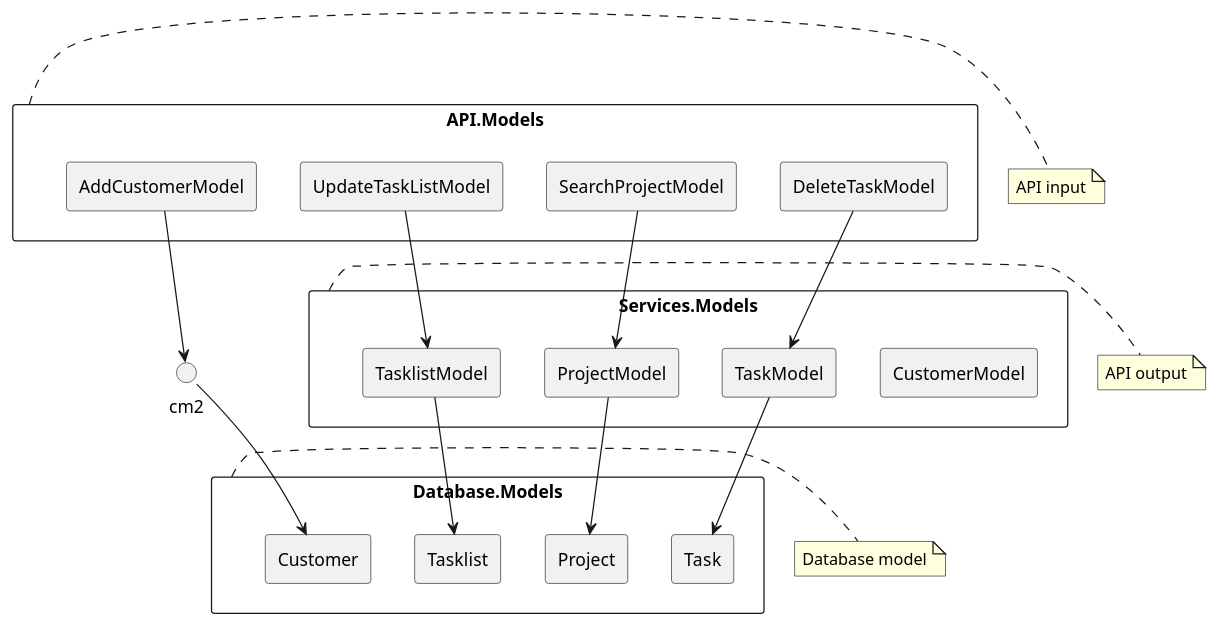
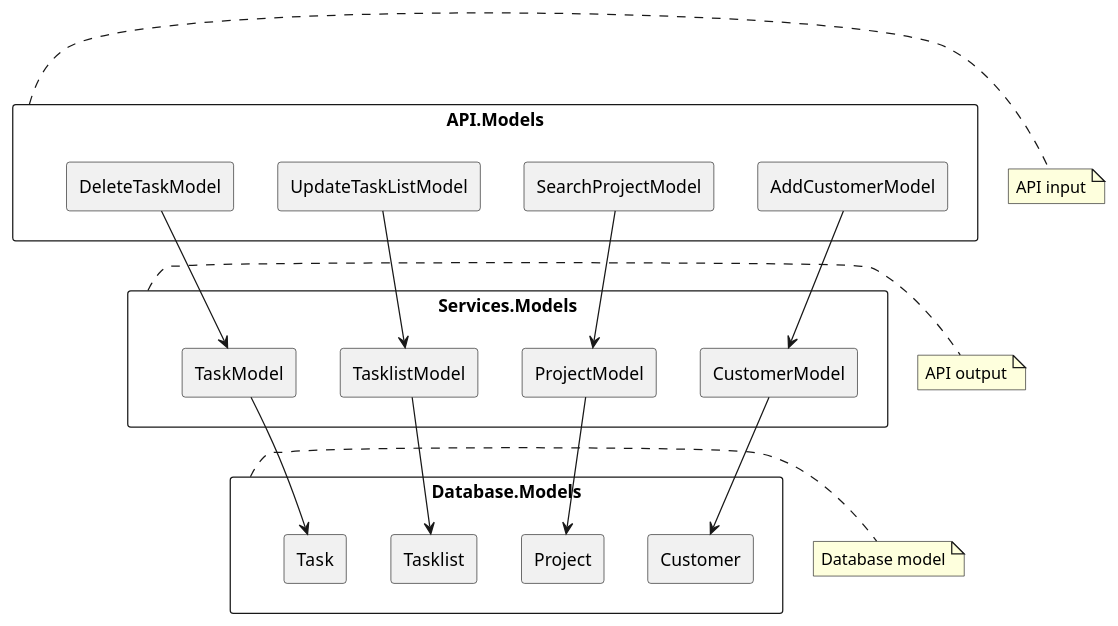
The sixth of 7 diagrams in Documentatie/Software Architecture Document.md (DCReceveur/pre-afstudeer-docs), drawn with PlantUML before and after one commit. The commit also changed other lines of this file and 12 other files, not shown here.

````diff
--- a/Documentatie/Software Architecture Document.md
+++ b/Documentatie/Software Architecture Document.md
@@ -230,45 +253,45 @@
 ```plantuml
 
 rectangle API.Models{
         rectangle AddCustomerModel as cm1
         rectangle SearchProjectModel as sp1
         rectangle UpdateTaskListModel as ut1
         rectangle DeleteTaskModel as dt1
 }
 
 rectangle Services.Models{
-        rectangle CustomerModel as cm2ß
+        rectangle CustomerModel as cm2
         rectangle ProjectModel as sp2
         rectangle TasklistModel as ut2
         rectangle TaskModel as dt2
 }
 
 rectangle Database.Models{
         rectangle Customer as cm3
         rectangle Project as sp3
         rectangle Tasklist as ut3
         rectangle Task as dt3    
 }
 
 note "API input" as n1
 note "API output" as n2
 note "Database model" as n3
 
 API.Models .right. n1
 Services.Models .right. n2
 Database.Models .right. n3
 
 cm1-->cm2
 cm2-->cm3
 
 sp1-->sp2
 sp2-->sp3
 
 ut1-->ut2
 ut2-->ut3
 
 
 dt1-->dt2
 dt2-->dt3
 
 ```
````
